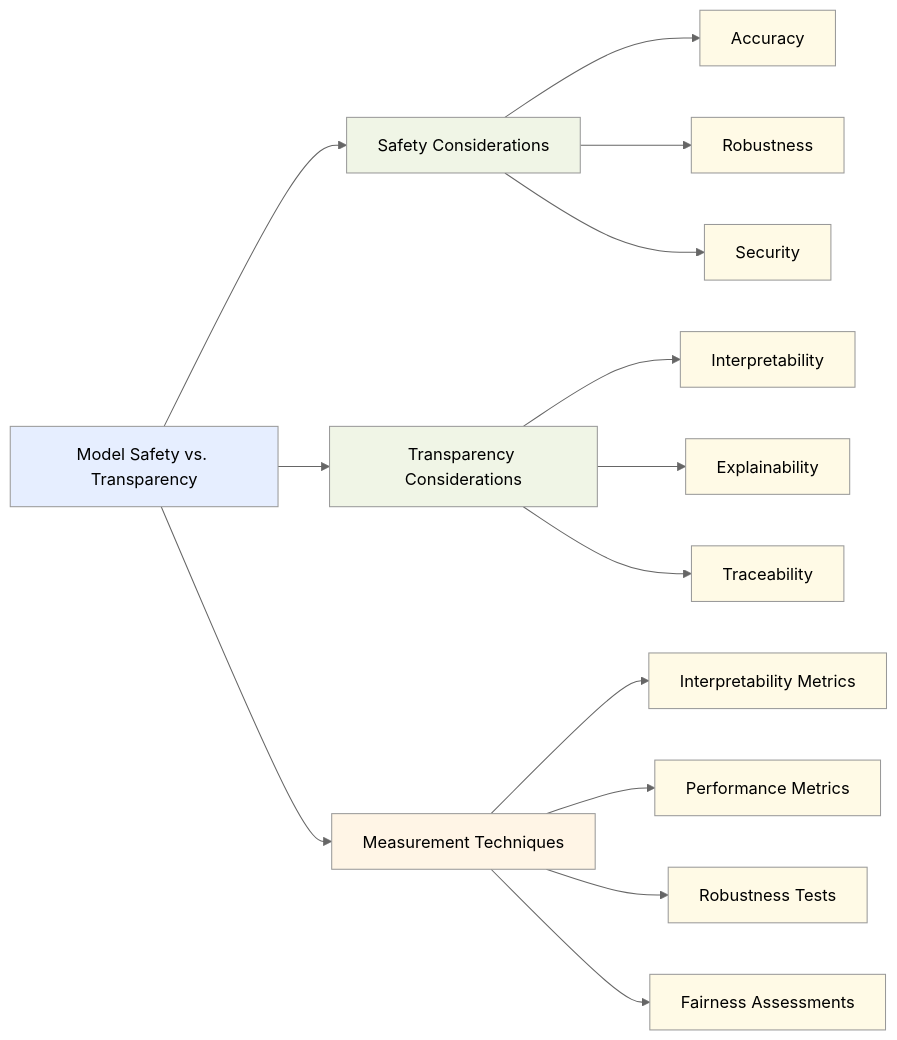
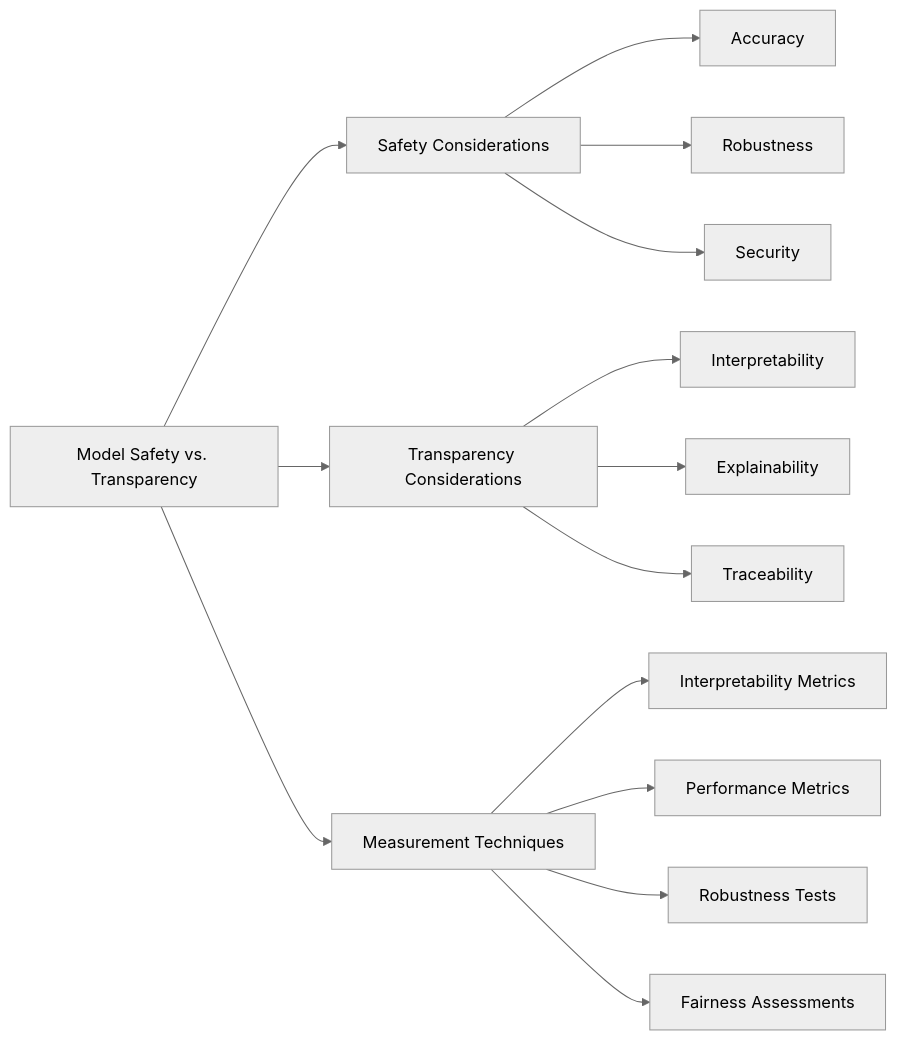
Before and after one commit to CloudCityPress/aws-aif-c01: the third of 4 diagrams in english/40_20_Transparent_and_Explainable_Models.md, drawn with Mermaid (neutral theme). The commit also changed other lines of this file and 16 other files, not shown here.

Commit message:
updating Mermaids

````diff
--- a/english/40_20_Transparent_and_Explainable_Models.md
+++ b/english/40_20_Transparent_and_Explainable_Models.md
@@ -162,30 +138,16 @@
 ```mermaid
 flowchart LR
     A[Model Safety vs. Transparency] --> B[Safety Considerations]
     A --> C[Transparency Considerations]
     B --> D[Accuracy]
     B --> E[Robustness]
     B --> F[Security]
     C --> G[Interpretability]
     C --> H[Explainability]
     C --> I[Traceability]
     A --> J
     J[Measurement Techniques] --> K[Interpretability Metrics]
     J --> L[Performance Metrics]
     J --> M[Robustness Tests]
     J --> N[Fairness Assessments]
-    style A fill:#e6eeff
-    style B fill:#f0f5e6
-    style C fill:#f0f5e6
-    style D fill:#fffae6
-    style E fill:#fffae6
-    style F fill:#fffae6
-    style G fill:#fffae6
-    style H fill:#fffae6
-    style I fill:#fffae6
-    style J fill:#fff5e6
-    style K fill:#fffae6
-    style L fill:#fffae6
-    style M fill:#fffae6
-    style N fill:#fffae6
 ```
````
